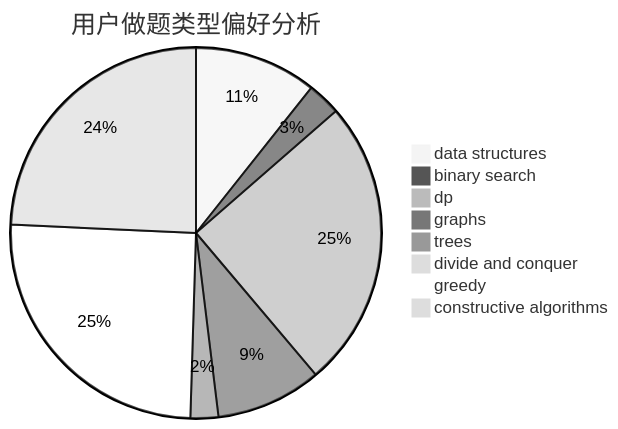
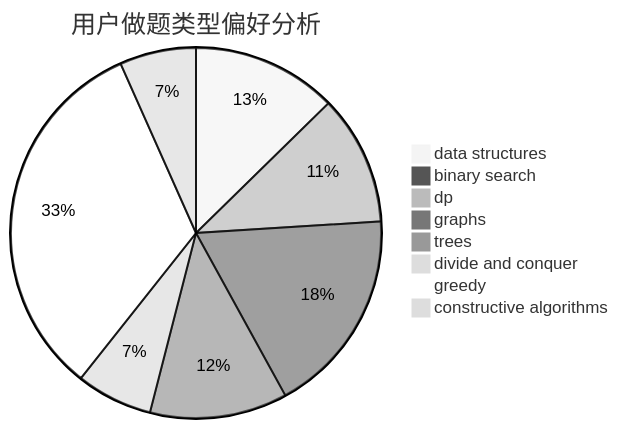
Before and after one commit to sherpahu/cfrs.github.io: the second of 3 diagrams in docs/user/u2767.md, drawn with Mermaid (neutral theme). The commit also changed other lines of this file and 2770 other files, not shown here.

````diff
--- a/docs/user/u2767.md
+++ b/docs/user/u2767.md
@@ -23,11 +23,11 @@
 ```mermaid
 pie title 用户做题类型偏好分析
-    "data structures" :  22
-    "binary search" :  6
-    "dp" :  52
-    "graphs" :  19
-    "trees" :  5
-    "divide and conquer" :  0
-    "greedy" :  52
-    "constructive algorithms" :  50
+    "data structures" :  19
+    "binary search" :  0
+    "dp" :  17
+    "graphs" :  27
+    "trees" :  18
+    "divide and conquer" :  10
+    "greedy" :  49
+    "constructive algorithms" :  10
 ```
````
